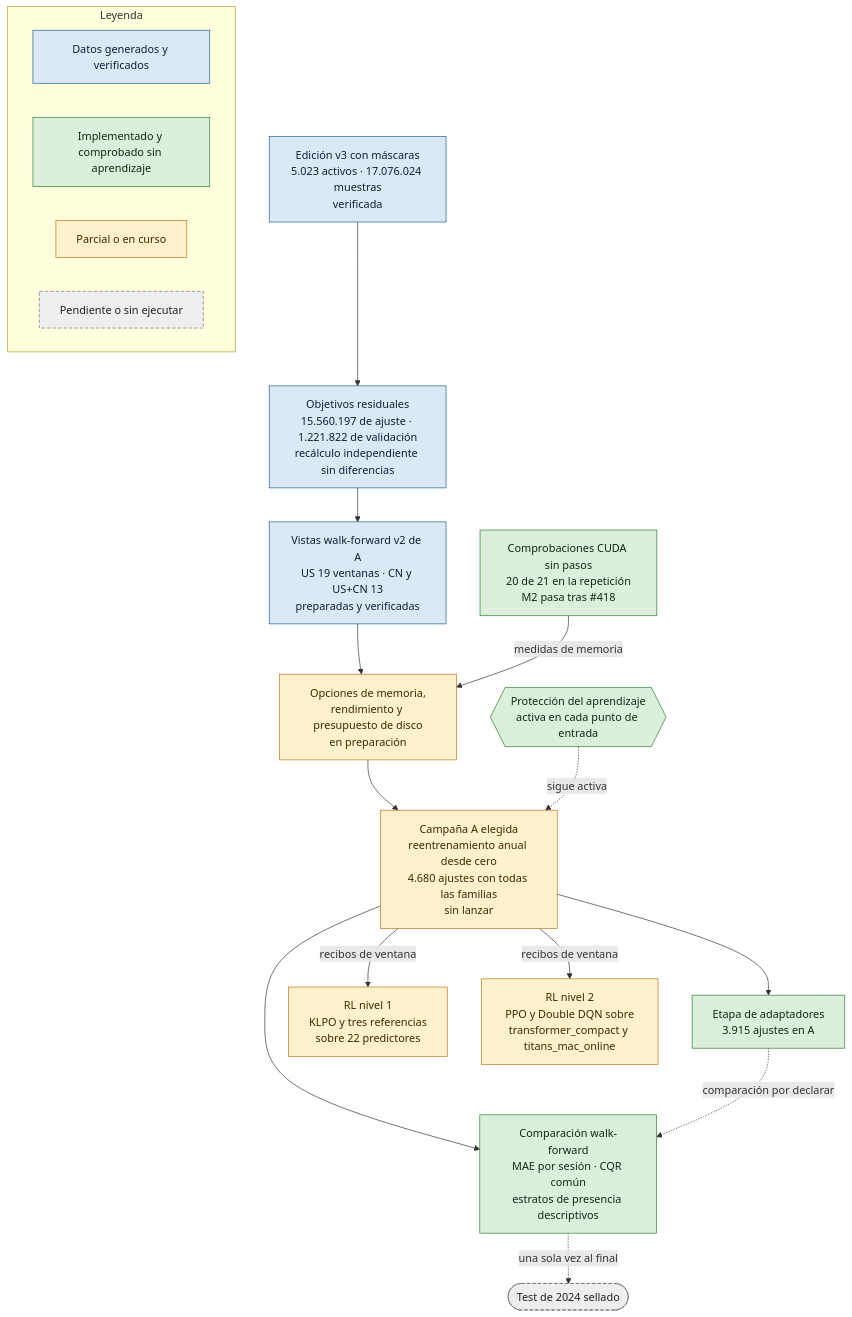
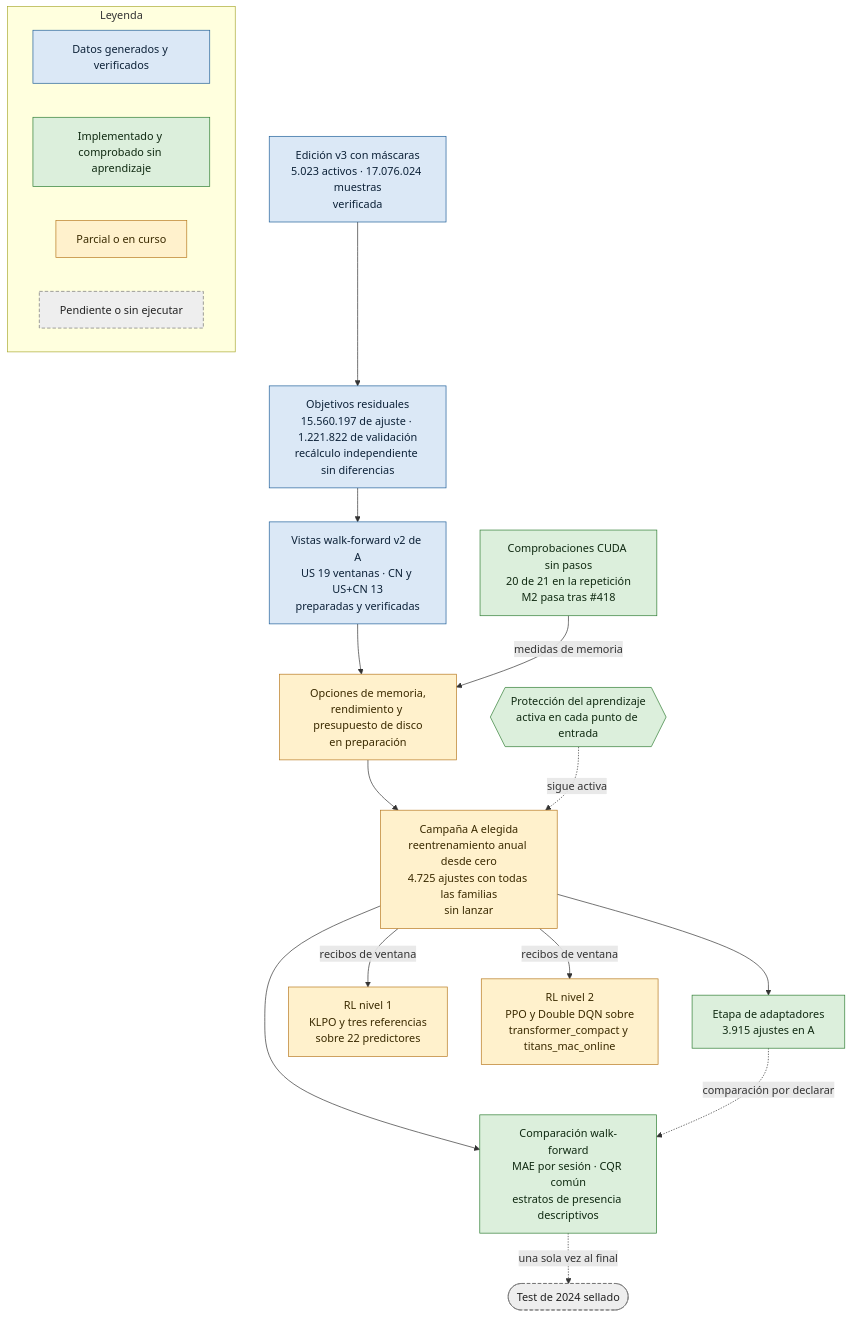
The first of 3 diagrams in README.md (GonxKZ/mars-titan), drawn with Mermaid before and after one commit. The commit also changed other lines of this file and 7 other files, not shown here.

````diff
--- a/README.md
+++ b/README.md
@@ -35,37 +35,37 @@
 ```mermaid
 flowchart TD
     E["Edición v3 con máscaras<br/>5.023 activos · 17.076.024 muestras<br/>verificada"]:::ejecutado
     O["Objetivos residuales<br/>15.560.197 de ajuste · 1.221.822 de validación<br/>recálculo independiente sin diferencias"]:::ejecutado
     H{{"Protección del aprendizaje<br/>activa en cada punto de entrada"}}:::comprobado
     W["Vistas walk-forward v2 de A<br/>US 19 ventanas · CN y US+CN 13<br/>preparadas y verificadas"]:::ejecutado
     K["Comprobaciones CUDA sin pasos<br/>20 de 21 en la repetición<br/>M2 pasa tras #418"]:::comprobado
     Q["Opciones de memoria,<br/>rendimiento y presupuesto de disco<br/>en preparación"]:::parcial
-    A["Campaña A elegida<br/>reentrenamiento anual desde cero<br/>4.680 ajustes con todas las familias<br/>sin lanzar"]:::parcial
+    A["Campaña A elegida<br/>reentrenamiento anual desde cero<br/>4.725 ajustes con todas las familias<br/>sin lanzar"]:::parcial
     P["Etapa de adaptadores<br/>3.915 ajustes en A"]:::comprobado
     R1["RL nivel 1<br/>KLPO y tres referencias<br/>sobre 22 predictores"]:::parcial
     R2["RL nivel 2<br/>PPO y Double DQN sobre<br/>transformer_compact y titans_mac_online"]:::parcial
     C["Comparación walk-forward<br/>MAE por sesión · CQR común<br/>estratos de presencia descriptivos"]:::comprobado
     T(["Test de 2024 sellado"]):::pendiente
 
     E --> O --> W --> Q --> A
     K -- medidas de memoria --> Q
     H -. sigue activa .-> A
     A --> P
     A -- recibos de ventana --> R1
     A -- recibos de ventana --> R2
     A --> C
     P -. comparación por declarar .-> C
     C -. una sola vez al final .-> T
 
     subgraph LEY["Leyenda"]
         L0["Datos generados y verificados"]:::ejecutado
         L1["Implementado y comprobado sin aprendizaje"]:::comprobado
         L2["Parcial o en curso"]:::parcial
         L3["Pendiente o sin ejecutar"]:::pendiente
     end
 
     classDef ejecutado fill:#dbe8f6,stroke:#1f5f99,color:#0d2238
     classDef comprobado fill:#dcefdc,stroke:#2e7d32,color:#102a12
     classDef parcial fill:#fff1cc,stroke:#b7791f,color:#3a2a00
     classDef pendiente fill:#eeeeee,stroke:#757575,color:#222222,stroke-dasharray:5 3
 ```
````
